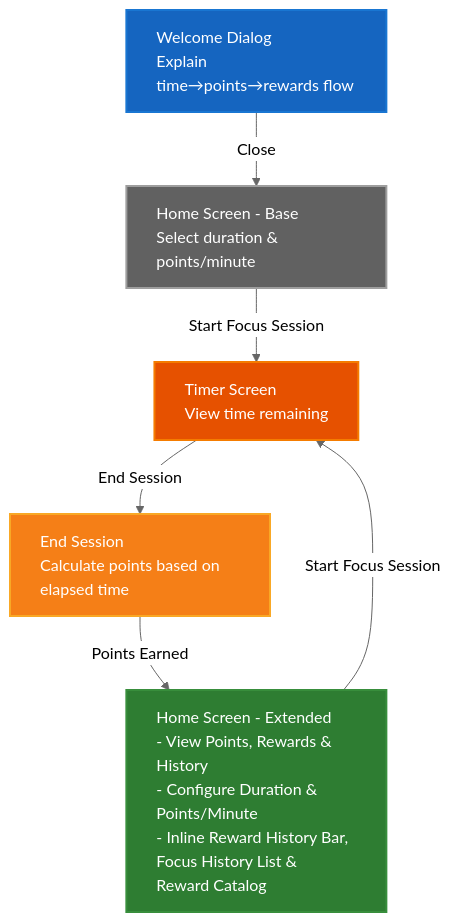
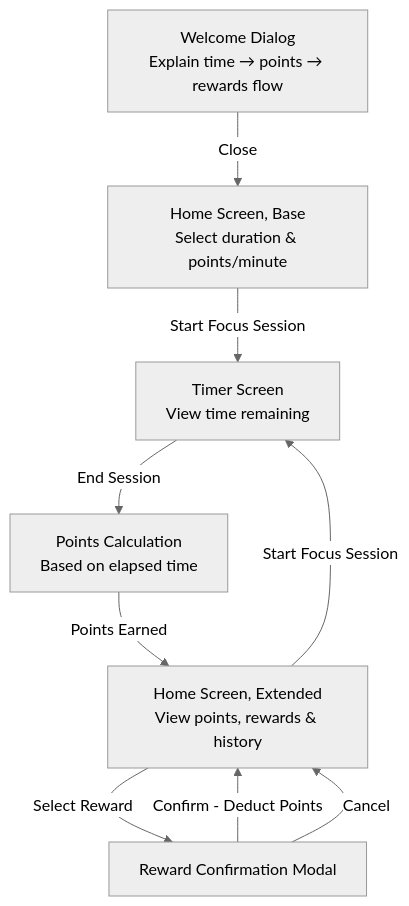
The diagram in design.md (michellekli/PomoExchange), drawn with Mermaid (neutral theme) before and after one commit. The commit also changed other lines of this file, not shown here.

Commit message:
Shorten 3. Architecture Overview into 3. User Flow & Design Constraints

````diff
--- a/design.md
+++ b/design.md
@@ -104,30 +104,22 @@
 ```mermaid
 flowchart TD
-   %% Define styles
-   classDef welcome fill:#1565c0,stroke:#1976d2,stroke-width:2px,color:#fff,text-align:left
-   classDef homeBase fill:#616161,stroke:#9e9e9e,stroke-width:2px,color:#fff,text-align:left
-   classDef timer fill:#e65100,stroke:#f57c00,stroke-width:2px,color:#fff,text-align:left
-   classDef homeExtended fill:#2e7d32,stroke:#388e3c,stroke-width:2px,color:#fff,text-align:left
-   classDef action fill:#f57f17,stroke:#f9a825,stroke-width:2px,color:#fff,text-align:left
-
-   %% Welcome Dialog
-   Welcome[Welcome Dialog<br/>Explain time→points→rewards flow]:::welcome
+   Welcome[Welcome Dialog<br/>Explain time → points → rewards flow]
    Welcome -->|Close| HomeBase
 
-   %% Home Screen - Base
-   HomeBase[Home Screen - Base<br/>Select duration & points/minute]:::homeBase
+   HomeBase[Home Screen, Base<br/>Select duration & points/minute]
    HomeBase -->|Start Focus Session| Timer
 
-   %% Timer Screen
-   Timer[Timer Screen<br/>View time remaining]:::timer
-   Timer -->|End Session| EndSession
+   Timer[Timer Screen<br/>View time remaining]
+   Timer -->|End Session| PointsCalc
 
-   %% End Session
-   EndSession[End Session<br/>Calculate points based on elapsed time]:::action
-   EndSession -->|Points Earned| HomeExtended
+   PointsCalc[Points Calculation<br/>Based on elapsed time]
+   PointsCalc -->|Points Earned| HomeExtended
 
-   %% Home Screen - Extended
-   HomeExtended[Home Screen - Extended<br/>- View Points, Rewards & History<br/>- Configure Duration & Points/Minute<br/>- Inline Reward History Bar, Focus History List & Reward Catalog]:::homeExtended
+   HomeExtended[Home Screen, Extended<br/>View points, rewards & history]
    HomeExtended -->|Start Focus Session| Timer
+   HomeExtended -->|Select Reward| Confirmation
 
+   Confirmation[Reward Confirmation Modal]
+   Confirmation -->|Confirm - Deduct Points| HomeExtended
+   Confirmation -->|Cancel| HomeExtended
 ```
````
